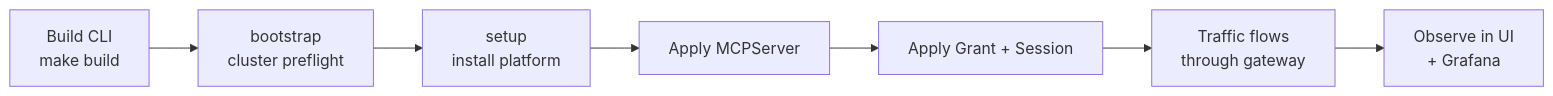
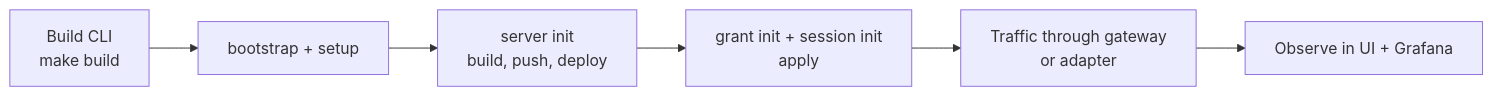
The diagram in docs/getting-started.md (Agent-Hellboy/mcp-runtime), drawn with Mermaid before and after one commit. The commit also changed other lines of this file and 11 other files, not shown here.

First line of the commit message:
doc: document server init and access grant/session init CLI flows

````diff
--- a/docs/getting-started.md
+++ b/docs/getting-started.md
@@ -728,9 +789,8 @@
 ```mermaid
 flowchart LR
-    A[Build CLI<br/>make build] --> B[bootstrap<br/>cluster preflight]
-    B --> C[setup<br/>install platform]
-    C --> D[Apply MCPServer]
-    D --> E[Apply Grant + Session]
-    E --> F[Traffic flows<br/>through gateway]
-    F --> G[Observe in UI<br/>+ Grafana]
+    A[Build CLI<br/>make build] --> B[bootstrap + setup]
+    B --> C[server init<br/>build, push, deploy]
+    C --> D[grant init + session init<br/>apply]
+    D --> E[Traffic through gateway<br/>or adapter]
+    E --> F[Observe in UI + Grafana]
 ```
````
